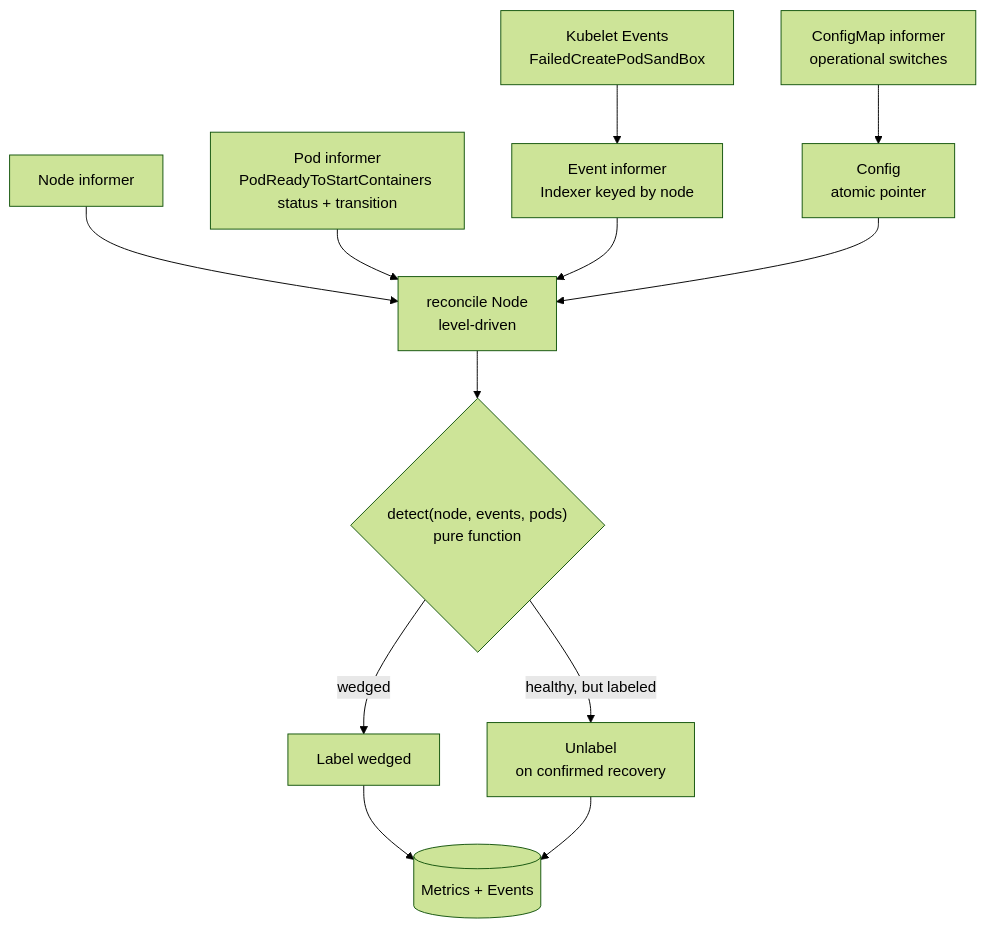
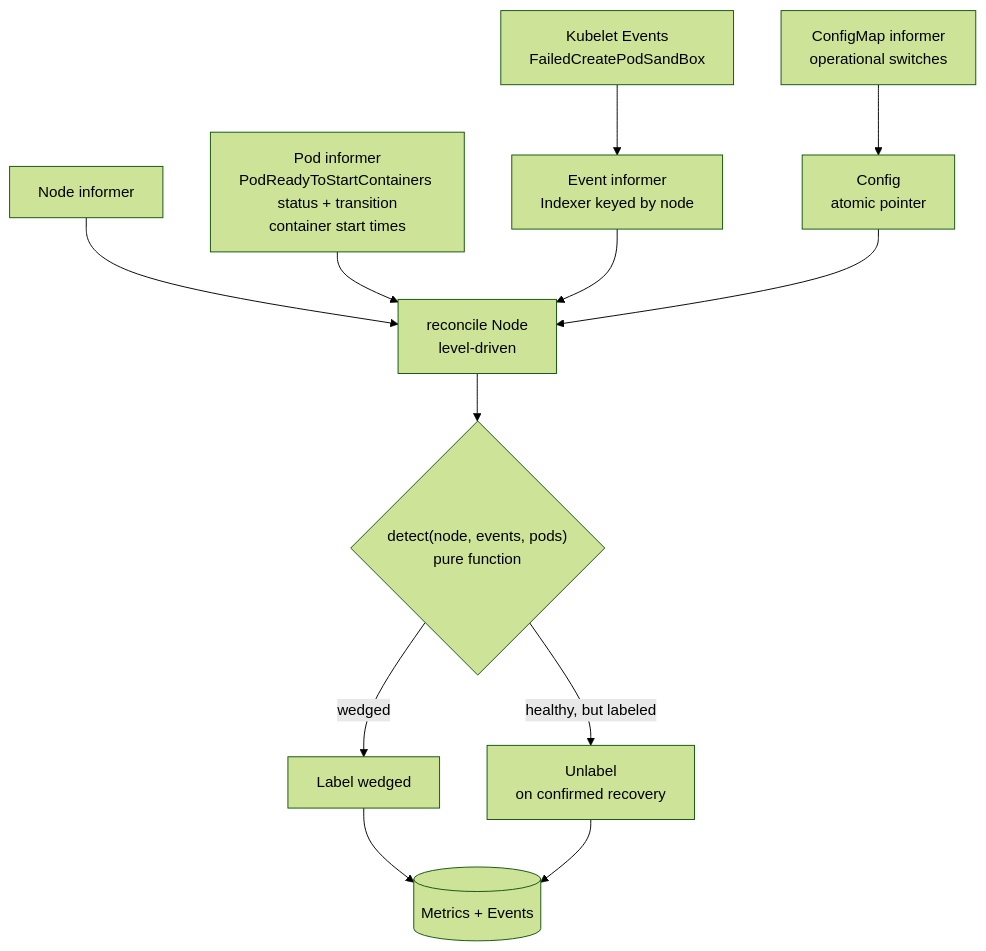
One commit to Azure/ARO-HCP changed the second of 3 diagrams in docs/controllers/node-health.md. Above: the diagram before and after it, drawn with Mermaid (forest theme). The commit also changed other lines of this file, not shown here.

Commit message:
docs(node-health): note the finished-pod success path in the diagram and RBAC (AROSLSRE-1588)

````diff
--- a/docs/controllers/node-health.md
+++ b/docs/controllers/node-health.md
@@ -117,14 +117,14 @@
 ```mermaid
 flowchart TD
     E[Kubelet Events<br/>FailedCreatePodSandBox] --> IDX[Event informer<br/>Indexer keyed by node]
     N[Node informer] --> R[reconcile Node<br/>level-driven]
-    P[Pod informer<br/>PodReadyToStartContainers status + transition] --> R
+    P[Pod informer<br/>PodReadyToStartContainers status + transition<br/>container start times] --> R
     IDX --> R
     CM[ConfigMap informer<br/>operational switches] --> C[Config<br/>atomic pointer]
     C --> R
     R --> D{"detect(node, events, pods)<br/>pure function"}
     D -- wedged --> L[Label wedged]
     D -- healthy, but labeled --> U[Unlabel<br/>on confirmed recovery]
     L --> M[(Metrics + Events)]
     U --> M
 ```
````
